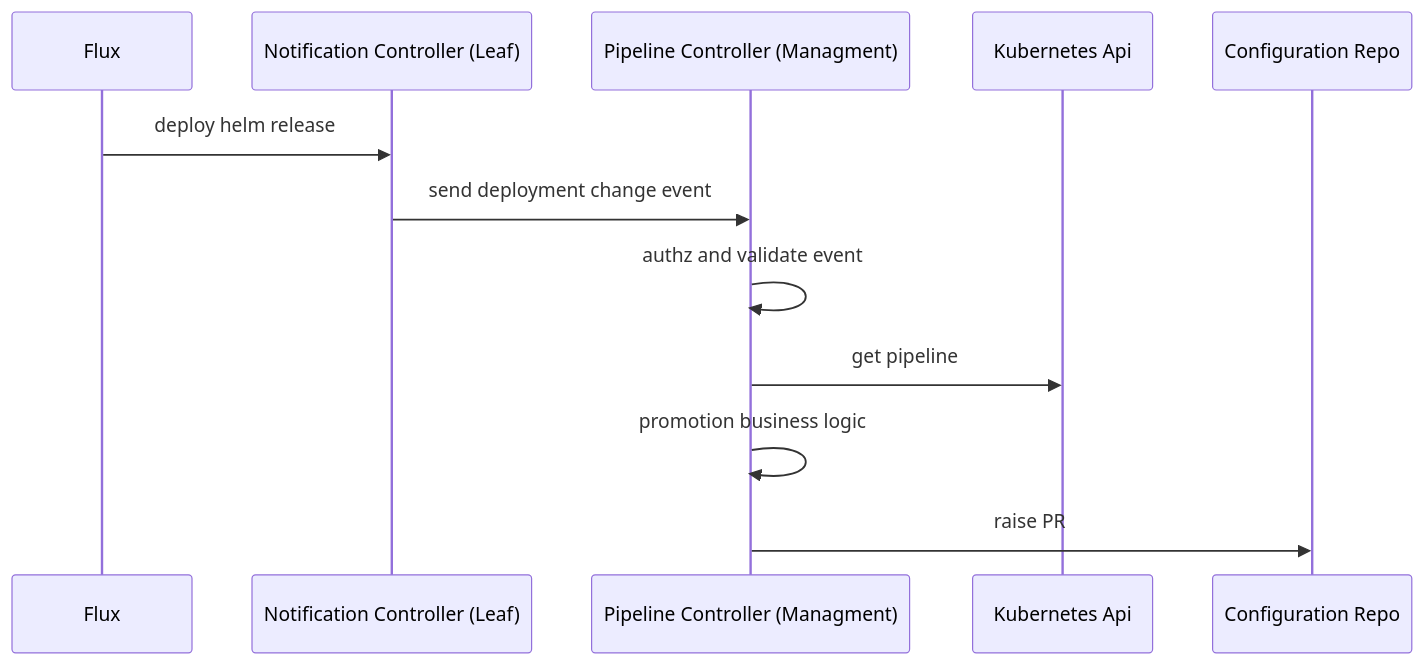
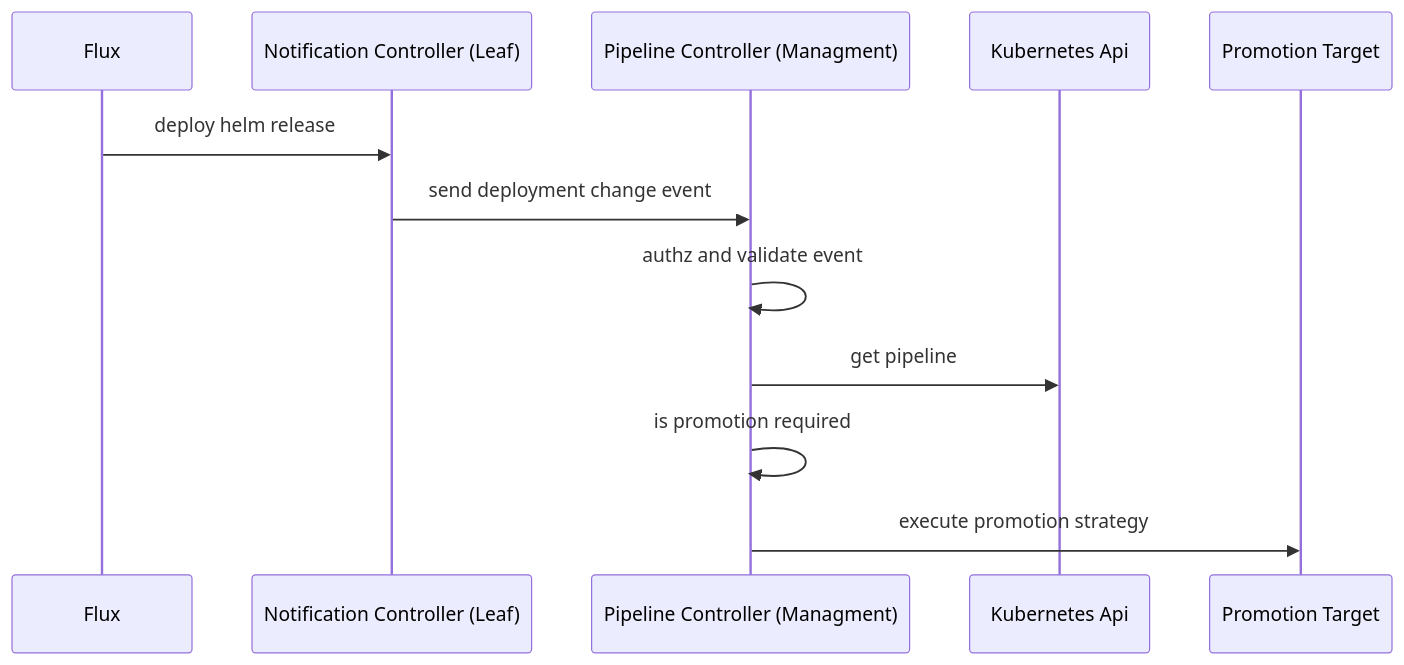
One commit to weaveworks/weave-gitops-private changed the first of 5 diagrams in docs/rfcs/0003-pipelines-promotion/README.md. Above: the diagram before and after it, drawn with Mermaid. The commit also changed other lines of this file and 1 other file, not shown here.

````diff
--- a/docs/rfcs/0003-pipelines-promotion/README.md
+++ b/docs/rfcs/0003-pipelines-promotion/README.md
@@ -44,15 +49,15 @@
 ```mermaid
    sequenceDiagram
     participant F as Flux
     participant LC as Notification Controller (Leaf)
     F->>LC: deploy helm release
     LC->>pc: send deployment change event
     participant pc as Pipeline Controller (Managment)
     pc->>pc: authz and validate event
     participant k8s as Kubernetes Api
     pc->>k8s: get pipeline
-    pc->>pc: promotion business logic
+    pc->>pc: is promotion required
     participant k8s as Kubernetes Api
-    pc->>configRepo: raise PR
-    participant configRepo as Configuration Repo
+    pc->>promotionTarget: execute promotion strategy 
+    participant promotionTarget as Promotion Target
 ```
````
